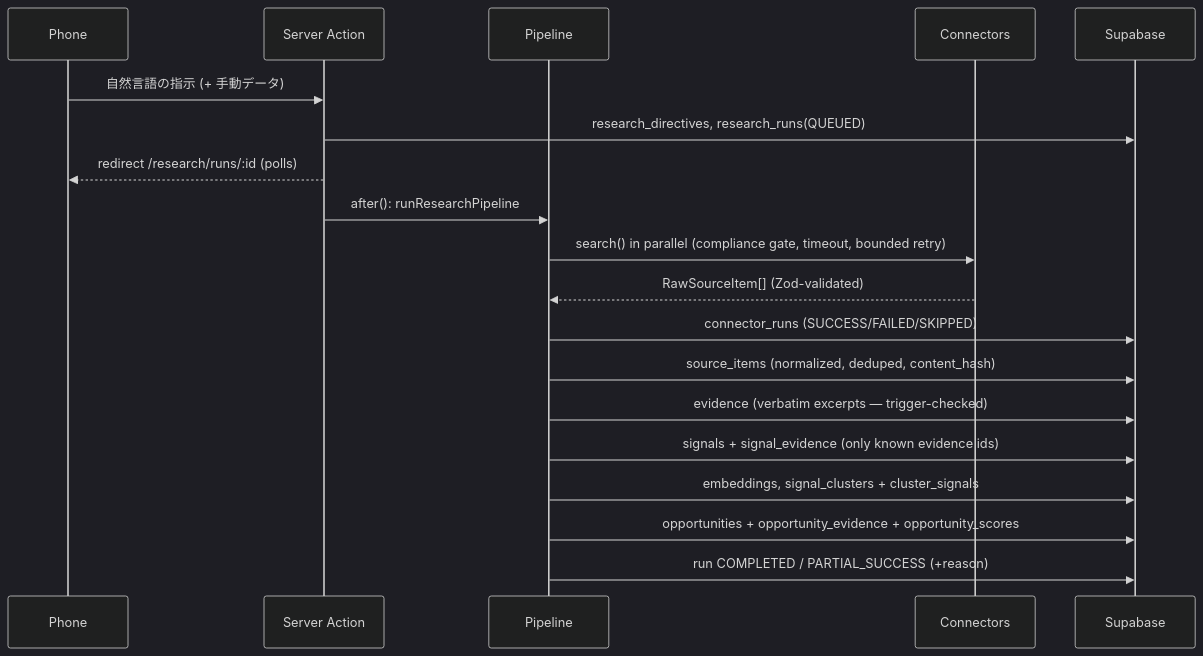
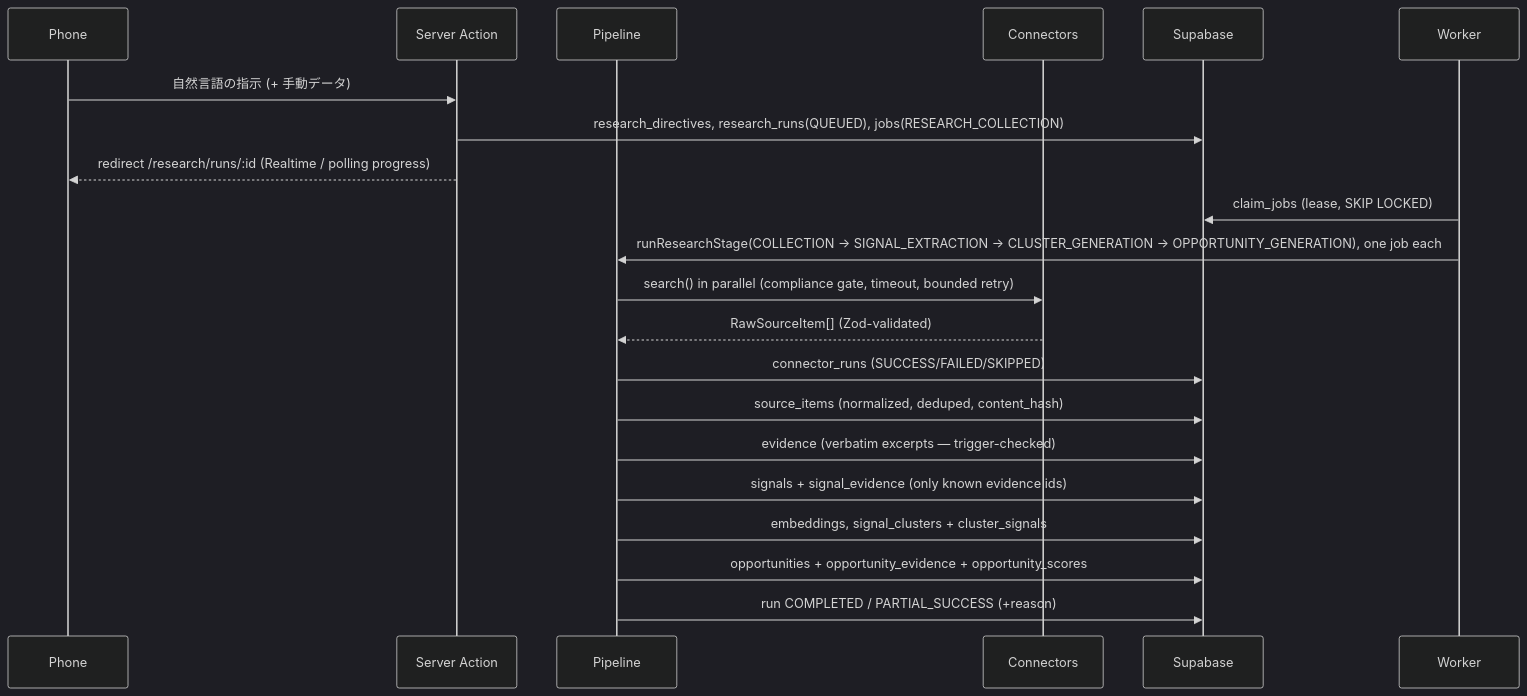
Before and after one commit to yuuta-suwa/marketing-AI: the fifth of 5 diagrams in docs/ARCHITECTURE.md, drawn with Mermaid (dark theme). The commit also changed other lines of this file and 106 other files, not shown here.

````diff
--- a/docs/ARCHITECTURE.md
+++ b/docs/ARCHITECTURE.md
@@ -111,21 +111,23 @@
 ```mermaid
 sequenceDiagram
   participant U as Phone
   participant A as Server Action
   participant P as Pipeline
   participant C as Connectors
   participant DB as Supabase
+  participant W as Worker
   U->>A: 自然言語の指示 (+ 手動データ)
-  A->>DB: research_directives, research_runs(QUEUED)
-  A-->>U: redirect /research/runs/:id (polls)
-  A->>P: after(): runResearchPipeline
+  A->>DB: research_directives, research_runs(QUEUED), jobs(RESEARCH_COLLECTION)
+  A-->>U: redirect /research/runs/:id (Realtime / polling progress)
+  W->>DB: claim_jobs (lease, SKIP LOCKED)
+  W->>P: runResearchStage(COLLECTION → SIGNAL_EXTRACTION → CLUSTER_GENERATION → OPPORTUNITY_GENERATION), one job each
   P->>C: search() in parallel (compliance gate, timeout, bounded retry)
   C-->>P: RawSourceItem[] (Zod-validated)
   P->>DB: connector_runs (SUCCESS/FAILED/SKIPPED)
   P->>DB: source_items (normalized, deduped, content_hash)
   P->>DB: evidence (verbatim excerpts — trigger-checked)
   P->>DB: signals + signal_evidence (only known evidence ids)
   P->>DB: embeddings, signal_clusters + cluster_signals
   P->>DB: opportunities + opportunity_evidence + opportunity_scores
   P->>DB: run COMPLETED / PARTIAL_SUCCESS (+reason)
 ```
````
